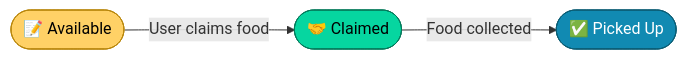
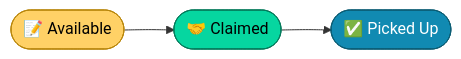
The second of 7 diagrams in README.md (still-trying/food-rescue), drawn with Mermaid before and after one commit. The commit also changed other lines of this file, not shown here.

````diff
--- a/README.md
+++ b/README.md
@@ -137,9 +139,9 @@
 ```mermaid
 flowchart LR
-    A(["📝 Available"]) -->|User claims food| B(["🤝 Claimed"])
-    B -->|Food collected| C(["✅ Picked Up"])
+    A(["📝 Available"]) --> B(["🤝 Claimed"])
+    B --> C(["✅ Picked Up"])
 
     style A fill:#FFD166,stroke:#b8860b,color:#000000
     style B fill:#06D6A0,stroke:#04795a,color:#000000
     style C fill:#118AB2,stroke:#0b5c73,color:#ffffff
 ```
````
